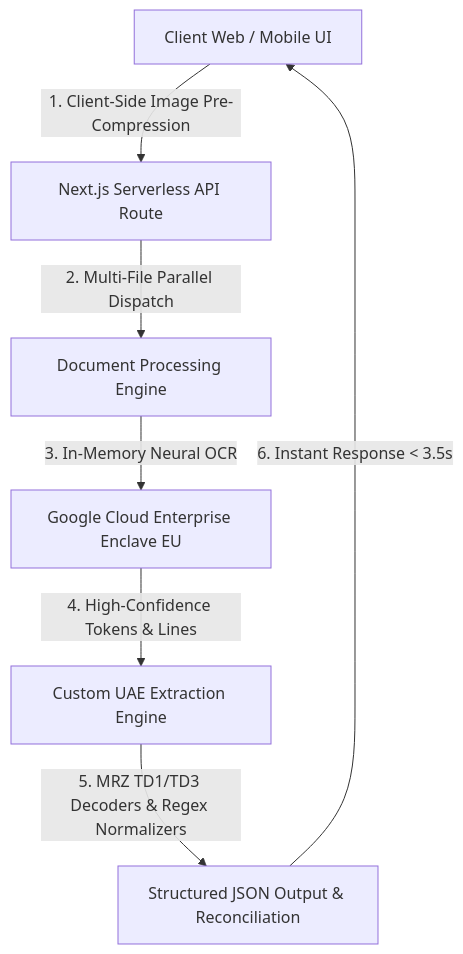
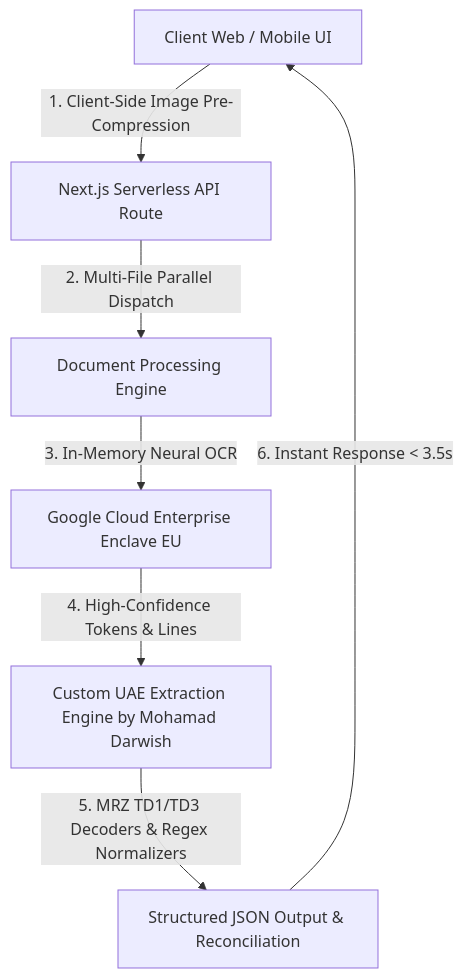
Before and after one commit to aimodarwish/uae-document-reader: the diagram in README.md, drawn with Mermaid. The commit also changed other lines of this file and 2 other files, not shown here.

Commit message:
feat: remove all github references, add Mohamad Darwish top-corner badge, footer credits, and updated README

````diff
--- a/README.md
+++ b/README.md
@@ -56,9 +58,9 @@
 ```mermaid
 graph TD
     A[Client Web / Mobile UI] -->|1. Client-Side Image Pre-Compression| B[Next.js Serverless API Route]
     B -->|2. Multi-File Parallel Dispatch| C[Document Processing Engine]
     C -->|3. In-Memory Neural OCR| D[Google Cloud Enterprise Enclave EU]
-    D -->|4. High-Confidence Tokens & Lines| E[Custom UAE Extraction Engine]
+    D -->|4. High-Confidence Tokens & Lines| E[Custom UAE Extraction Engine by Mohamad Darwish]
     E -->|5. MRZ TD1/TD3 Decoders & Regex Normalizers| F[Structured JSON Output & Reconciliation]
     F -->|6. Instant Response < 3.5s| A
 ```
````
